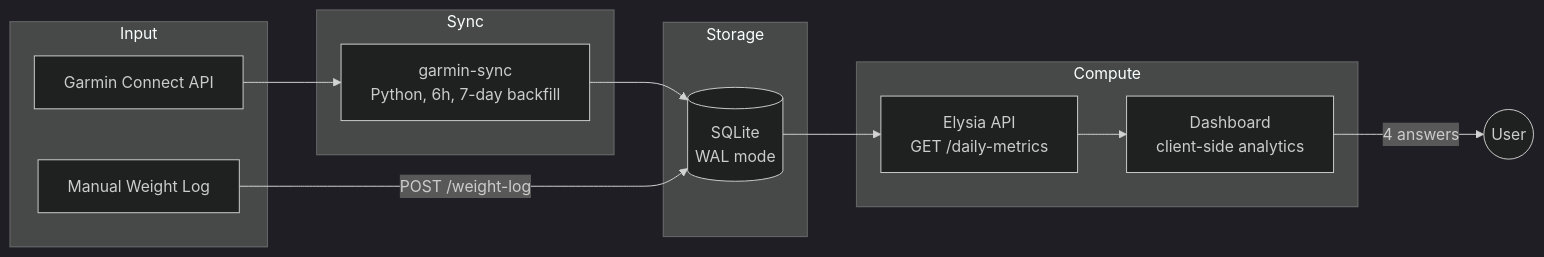
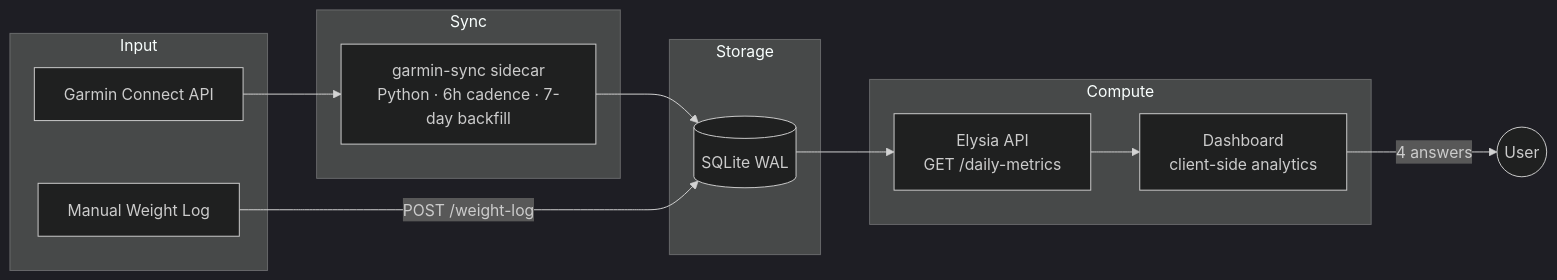
Before and after one commit to jkrumm/homelab: the diagram in docs/GARMIN-HEALTH.md, drawn with Mermaid (dark theme). The commit also changed other lines of this file and 1 other file, not shown here.

First line of the commit message:
docs(garmin-health): rewrite analytics + implementation plan

````diff
--- a/docs/GARMIN-HEALTH.md
+++ b/docs/GARMIN-HEALTH.md
@@ -25,25 +28,21 @@
 ```mermaid
 graph LR
-    subgraph Input
-        GC[Garmin Connect API]
-        WL[Manual Weight Log]
-    end
-
-    subgraph Sync
-        GS[garmin-sync<br/>Python, 6h, 7-day backfill]
-    end
-
-    subgraph Storage
-        DB[(SQLite<br/>WAL mode)]
-    end
-
-    subgraph Compute
-        API[Elysia API<br/>GET /daily-metrics]
-        CLIENT[Dashboard<br/>client-side analytics]
-    end
-
-    GC --> GS --> DB
-    WL -->|POST /weight-log| DB
-    DB --> API --> CLIENT
-    CLIENT -->|4 answers| USER((User))
+  subgraph Input
+    GC[Garmin Connect API]
+    WL[Manual Weight Log]
+  end
+  subgraph Sync
+    GS[garmin-sync sidecar<br/>Python · 6h cadence · 7-day backfill]
+  end
+  subgraph Storage
+    DB[(SQLite WAL)]
+  end
+  subgraph Compute
+    API[Elysia API<br/>GET /daily-metrics]
+    CLIENT[Dashboard<br/>client-side analytics]
+  end
+  GC --> GS --> DB
+  WL -->|POST /weight-log| DB
+  DB --> API --> CLIENT
+  CLIENT -->|4 answers| USER((User))
 ```
````
